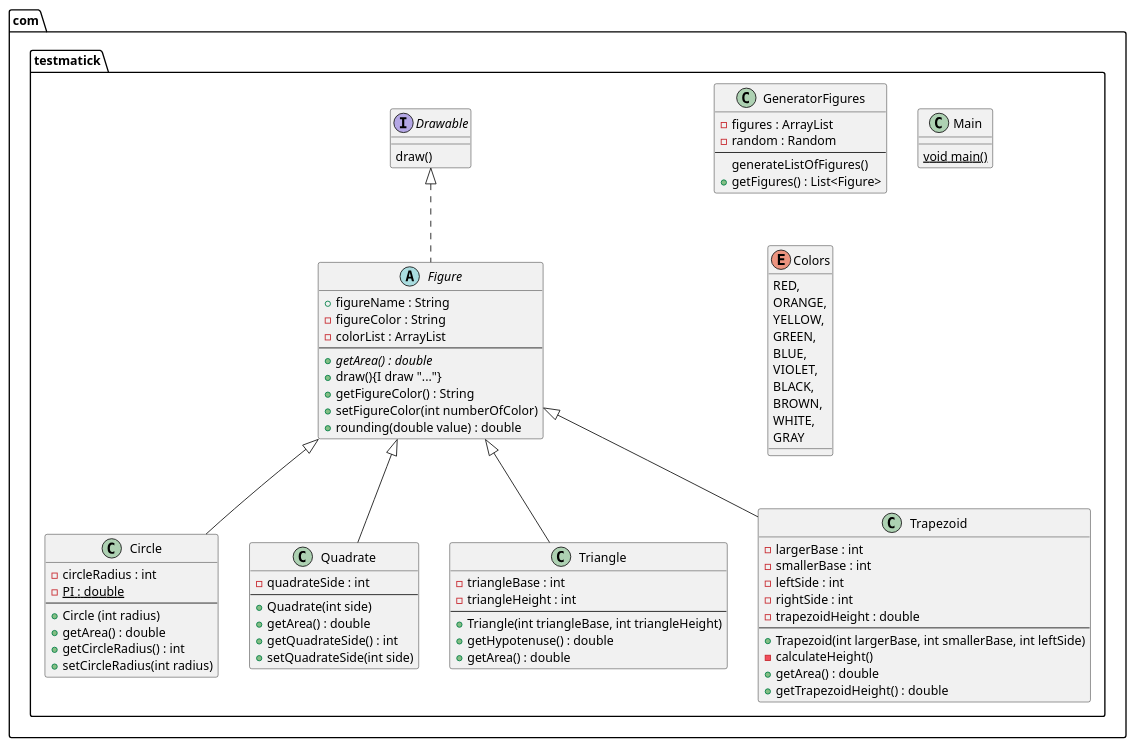
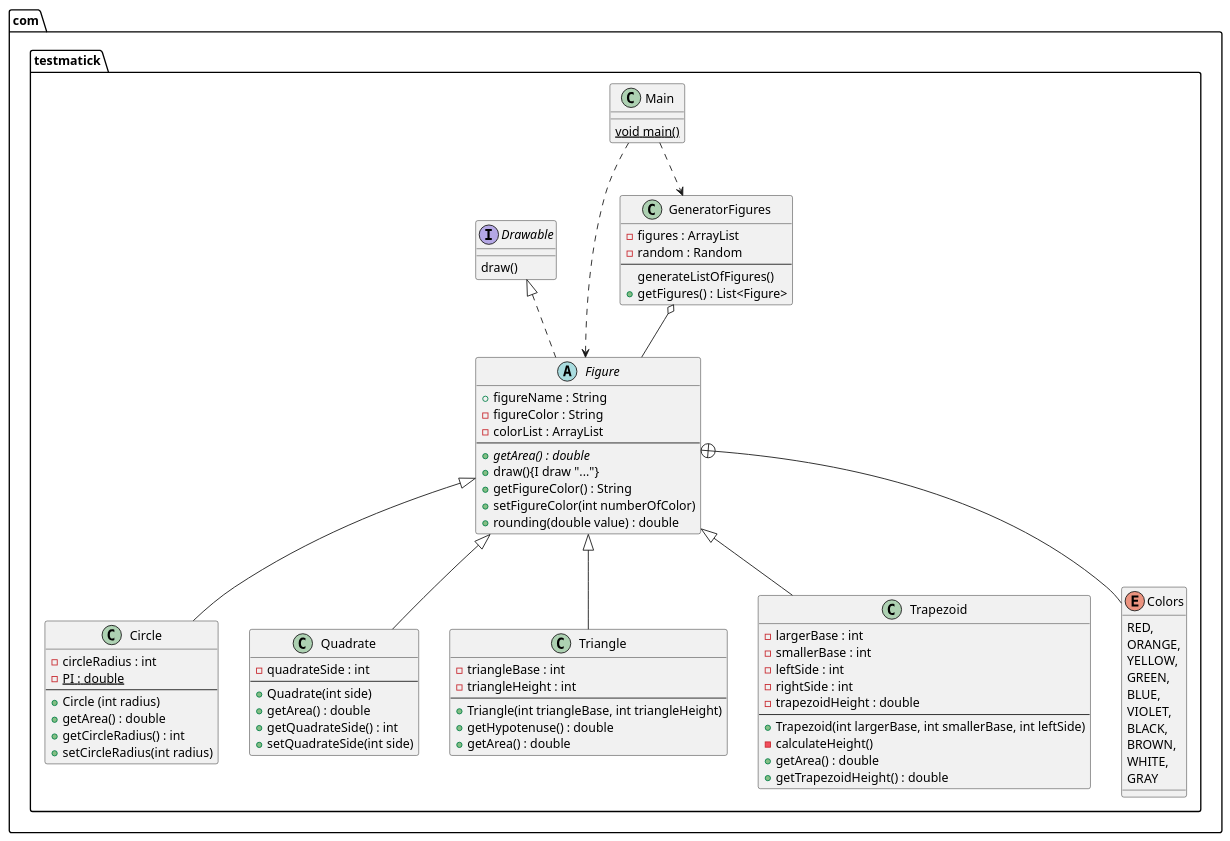
Before and after one commit to shramkoaleksey90/Figures: the diagram in src/main/java/com/testmatick/FigureDiagram.puml, drawn with PlantUML. The commit also changed 1 other file, not shown here.

Commit message:
add uml.png file

```diff
--- a/src/main/java/com/testmatick/FigureDiagram.puml
+++ b/src/main/java/com/testmatick/FigureDiagram.puml
@@ -1,92 +1,96 @@
 @startuml
 package com.testmatick{
 
  Figure <|-- Circle
  Figure <|-- Quadrate
  Figure <|-- Triangle
  Figure <|-- Trapezoid
+ Figure +-- Colors
+ GeneratorFigures o-- Figure
+ Main ..> GeneratorFigures
+ Main ..> Figure
  Drawable <|.. Figure
 
  abstract class Figure{
     + figureName : String
     - figureColor : String
     - colorList : ArrayList
     --
     + {abstract} getArea() : double
     + draw(){I draw "..."}
     + getFigureColor() : String
     + setFigureColor(int numberOfColor)
     + rounding(double value) : double
  }
 
  class Circle{
     - circleRadius : int
     - {static} PI : double
     --
     + Circle (int radius)
     + getArea() : double
     + getCircleRadius() : int
     + setCircleRadius(int radius)
  }
 
  class Quadrate{
     - quadrateSide : int
     --
     + Quadrate(int side)
     + getArea() : double
     + getQuadrateSide() : int
     + setQuadrateSide(int side)
  }
 
  class Triangle{
     - triangleBase : int
     - triangleHeight : int
     --
     + Triangle(int triangleBase, int triangleHeight)
     + getHypotenuse() : double
     + getArea() : double
  }
 
  class Trapezoid{
     - largerBase : int
     - smallerBase : int
     - leftSide : int
     - rightSide : int
     - trapezoidHeight : double
     --
     + Trapezoid(int largerBase, int smallerBase, int leftSide)
     - calculateHeight()
     + getArea() : double
     + getTrapezoidHeight() : double
  }
 
  class GeneratorFigures{
  - figures : ArrayList
  - random : Random
  --
  generateListOfFigures()
  + getFigures() : List<Figure>
  }
 
  class Main{
   {static} void main()
  }
 
  interface Drawable{
     draw()
  }
 
  enum Colors {
      RED,
      ORANGE,
      YELLOW,
      GREEN,
      BLUE,
      VIOLET,
      BLACK,
      BROWN,
      WHITE,
      GRAY
  }
 }
 @enduml
```
